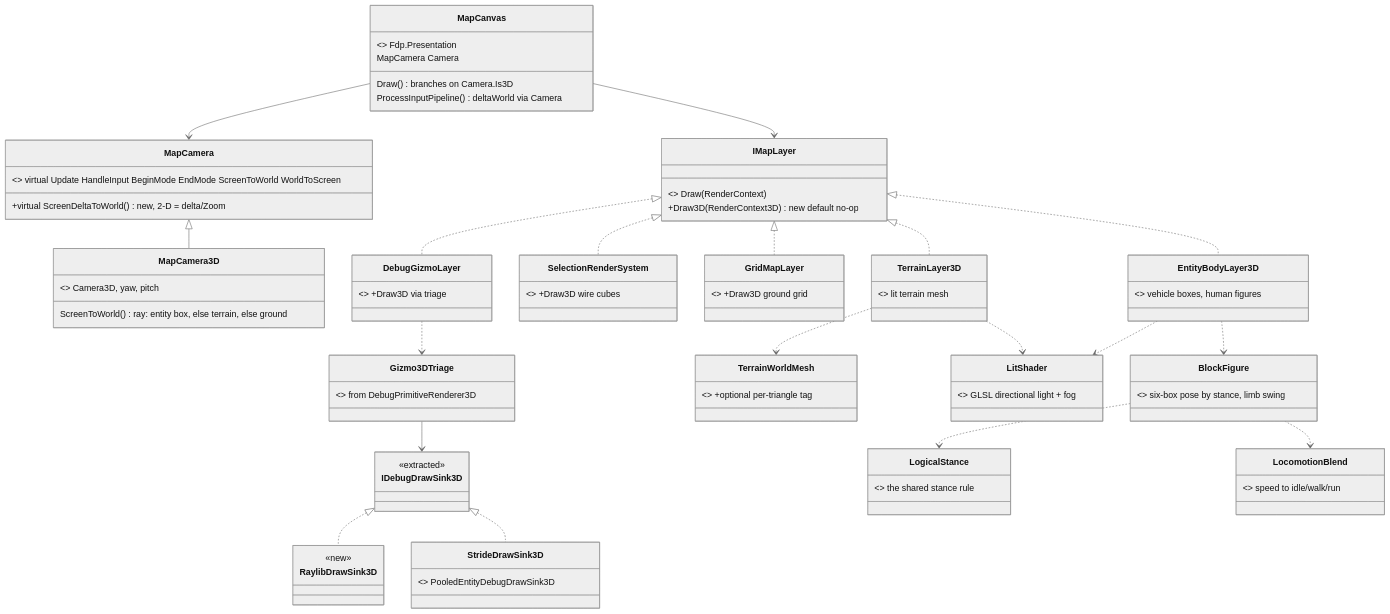
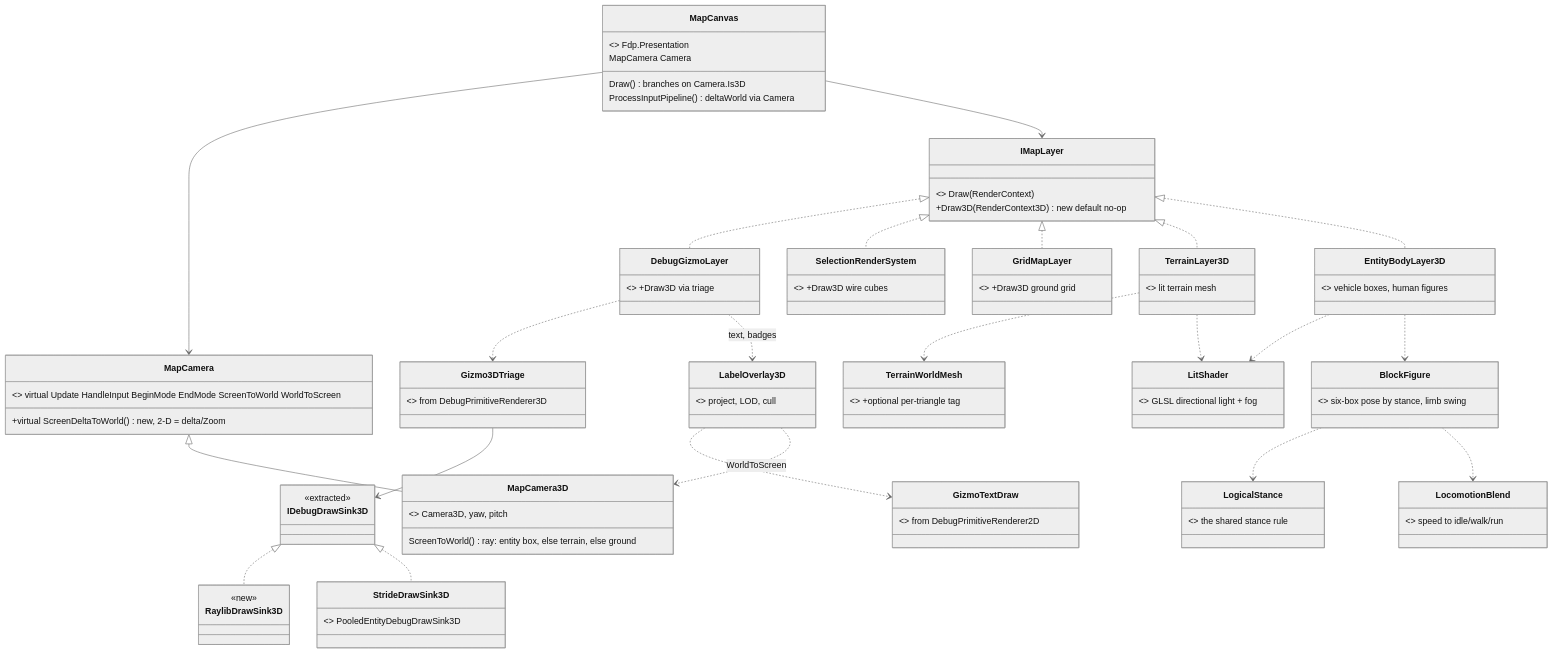
One commit to pjanec/HROT changed the second of 6 diagrams in docs/DESIGN_Map_3D_Mode.md. Above: the diagram before and after it, drawn with Mermaid (neutral theme). The commit also changed other lines of this file and 1 other file, not shown here.

First line of the commit message:
design(CE-1033): 3-D map — labels (M13) and the camera entity approved (M10)

````diff
--- a/docs/DESIGN_Map_3D_Mode.md
+++ b/docs/DESIGN_Map_3D_Mode.md
@@ -117,53 +119,58 @@
 ```mermaid
 classDiagram
   class MapCanvas {
     <<exists, 2 edits>> Fdp.Presentation
     MapCamera Camera
     Draw()  branches on Camera.Is3D
     ProcessInputPipeline()  deltaWorld via Camera
   }
   class MapCamera {
     <<exists>> virtual Update HandleInput BeginMode EndMode ScreenToWorld WorldToScreen
     +virtual ScreenDeltaToWorld()  new, 2-D = delta/Zoom
   }
   class MapCamera3D {
     <<new>> Camera3D, yaw, pitch
     ScreenToWorld()  ray: entity box, else terrain, else ground
   }
   class IMapLayer {
     <<exists>> Draw(RenderContext)
     +Draw3D(RenderContext3D)  new default no-op
   }
   class DebugGizmoLayer { <<exists>> +Draw3D via triage }
   class SelectionRenderSystem { <<exists>> +Draw3D wire cubes }
   class GridMapLayer { <<exists>> +Draw3D ground grid }
   class TerrainLayer3D { <<new>> lit terrain mesh }
   class EntityBodyLayer3D { <<new>> vehicle boxes, human figures }
   class BlockFigure { <<new>> six-box pose by stance, limb swing }
   class LogicalStance { <<exists>> the shared stance rule }
   class LocomotionBlend { <<extracted>> speed to idle/walk/run }
   class Gizmo3DTriage { <<extracted>> from DebugPrimitiveRenderer3D }
   class IDebugDrawSink3D { <<extracted>> }
   class RaylibDrawSink3D { <<new>> }
   class StrideDrawSink3D { <<exists>> PooledEntityDebugDrawSink3D }
   class TerrainWorldMesh { <<exists>> +optional per-triangle tag }
   class LitShader { <<new>> GLSL directional light + fog }
+  class LabelOverlay3D { <<new>> project, LOD, cull }
+  class GizmoTextDraw { <<extracted>> from DebugPrimitiveRenderer2D }
   MapCamera <|-- MapCamera3D
   MapCanvas --> MapCamera
   MapCanvas --> IMapLayer
   IMapLayer <|.. DebugGizmoLayer
   IMapLayer <|.. SelectionRenderSystem
   IMapLayer <|.. GridMapLayer
   IMapLayer <|.. TerrainLayer3D
   IMapLayer <|.. EntityBodyLayer3D
   DebugGizmoLayer ..> Gizmo3DTriage
   Gizmo3DTriage --> IDebugDrawSink3D
   IDebugDrawSink3D <|.. RaylibDrawSink3D
   IDebugDrawSink3D <|.. StrideDrawSink3D
   TerrainLayer3D ..> TerrainWorldMesh
   TerrainLayer3D ..> LitShader
   EntityBodyLayer3D ..> LitShader
   EntityBodyLayer3D ..> BlockFigure
+  DebugGizmoLayer ..> LabelOverlay3D : text, badges
+  LabelOverlay3D ..> GizmoTextDraw
+  LabelOverlay3D ..> MapCamera3D : WorldToScreen
   BlockFigure ..> LogicalStance
   BlockFigure ..> LocomotionBlend
 ```
````
